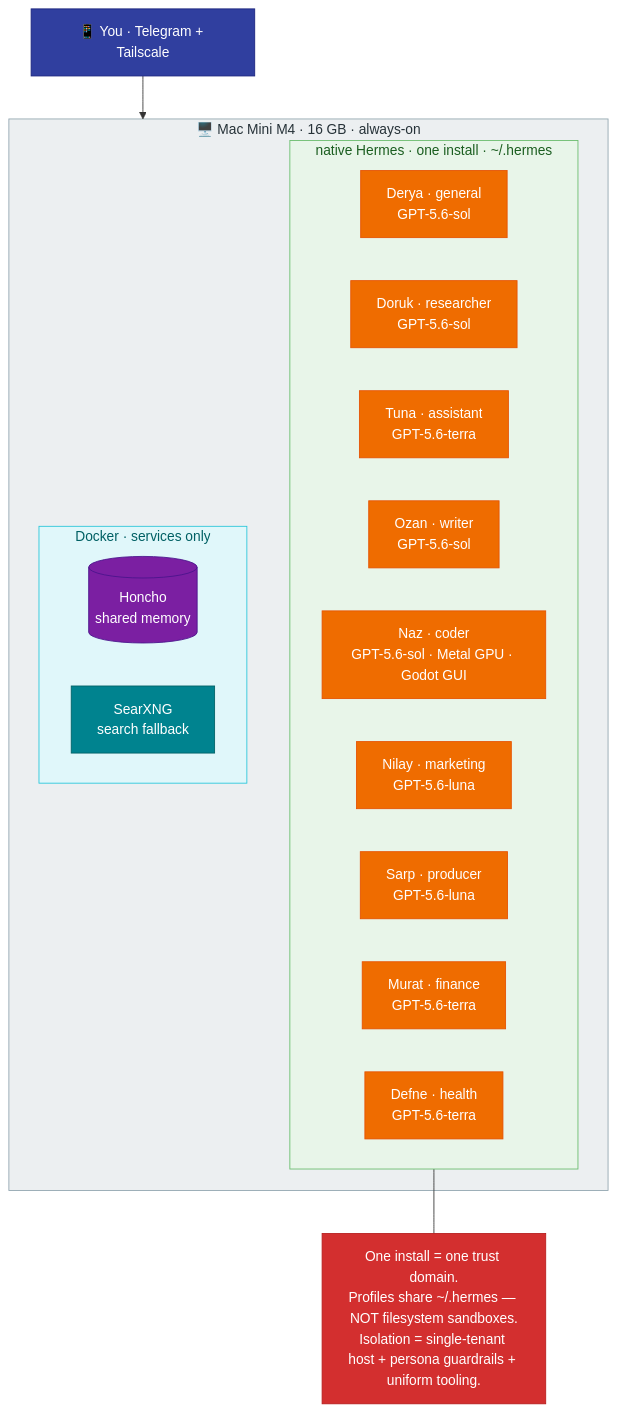
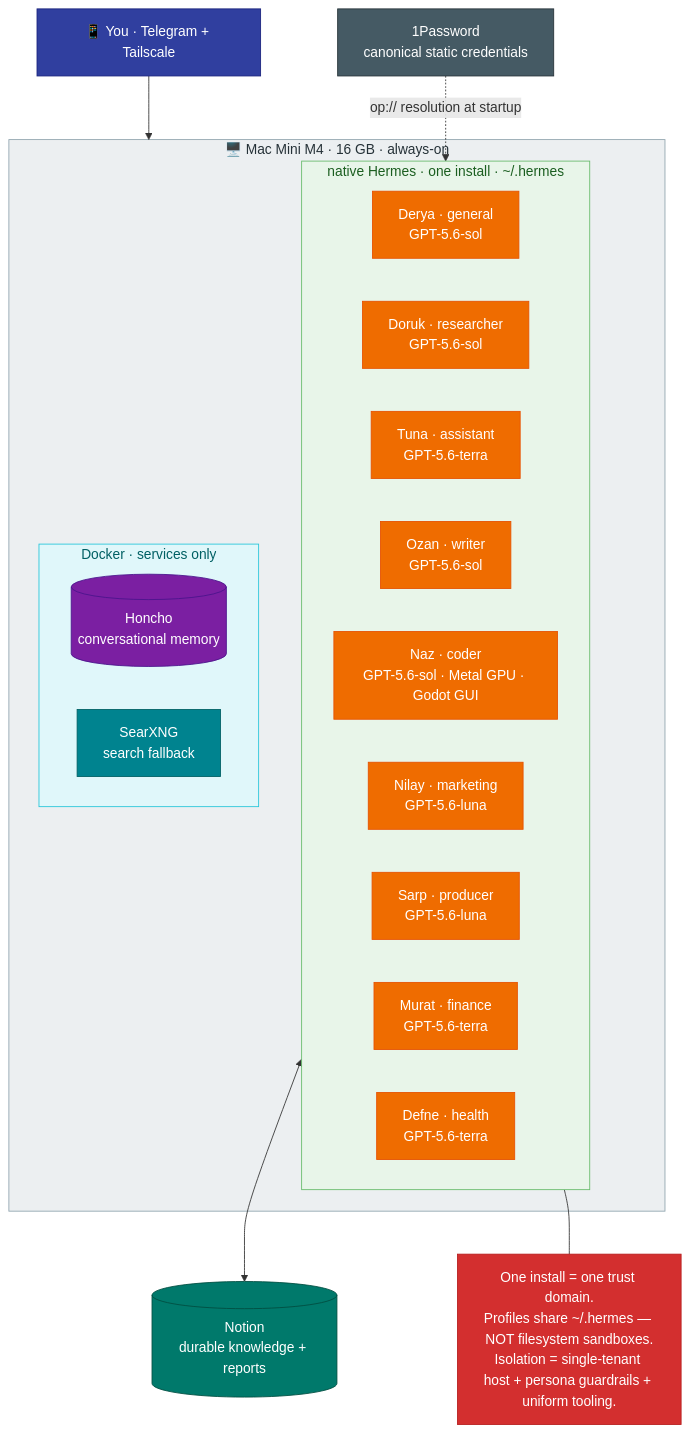
The diagram in docs/01-architecture.md (mpolatcan/hermes-setup), drawn with Mermaid before and after one commit. The commit also changed other lines of this file and 12 other files, not shown here.

````diff
--- a/docs/01-architecture.md
+++ b/docs/01-architecture.md
@@ -7,31 +7,37 @@
 ```mermaid
 flowchart TB
     subgraph mini["🖥️ Mac Mini M4 · 16 GB · always-on"]
         subgraph hermes["native Hermes · one install · ~/.hermes"]
             k["Derya · general<br/>GPT-5.6-sol"]:::codex
             m["Doruk · researcher<br/>GPT-5.6-sol"]:::codex
             u["Tuna · assistant<br/>GPT-5.6-terra"]:::codex
             w["Ozan · writer<br/>GPT-5.6-sol"]:::codex
             c["Naz · coder<br/>GPT-5.6-sol · Metal GPU · Godot GUI"]:::codex
             o["Nilay · marketing<br/>GPT-5.6-luna"]:::codex
             p["Sarp · producer<br/>GPT-5.6-luna"]:::codex
             f["Murat · finance<br/>GPT-5.6-terra"]:::codex
             h["Defne · health<br/>GPT-5.6-terra"]:::codex
         end
         subgraph svc["Docker · services only"]
-            Honcho[("Honcho<br/>shared memory")]:::infra
+            Honcho[("Honcho<br/>conversational memory")]:::infra
             SearXNG["SearXNG<br/>search fallback"]:::svc
         end
     end
     phone["📱 You · Telegram + Tailscale"]:::user --> mini
+    Notion[("Notion<br/>durable knowledge + reports")]:::knowledge
+    OnePassword["1Password<br/>canonical static credentials"]:::secret
+    hermes <--> Notion
+    OnePassword -. "op:// resolution at startup" .-> hermes
     note["One install = one trust domain.<br/>Profiles share ~/.hermes — NOT filesystem sandboxes.<br/>Isolation = single-tenant host + persona guardrails + uniform tooling."]:::danger
     hermes --- note
     classDef user fill:#303F9F,stroke:#1A237E,color:#fff
     classDef codex fill:#EF6C00,stroke:#E65100,color:#fff
     classDef infra fill:#7B1FA2,stroke:#4A148C,color:#fff
     classDef svc fill:#00838F,stroke:#006064,color:#fff
+    classDef knowledge fill:#00796B,stroke:#004D40,color:#fff
+    classDef secret fill:#455A64,stroke:#263238,color:#fff
     classDef danger fill:#D32F2F,stroke:#B71C1C,color:#fff
     style mini fill:#ECEFF1,stroke:#90A4AE,color:#263238
     style hermes fill:#E8F5E9,stroke:#66BB6A,color:#1B5E20
     style svc fill:#E0F7FA,stroke:#26C6DA,color:#006064
 ```
````
